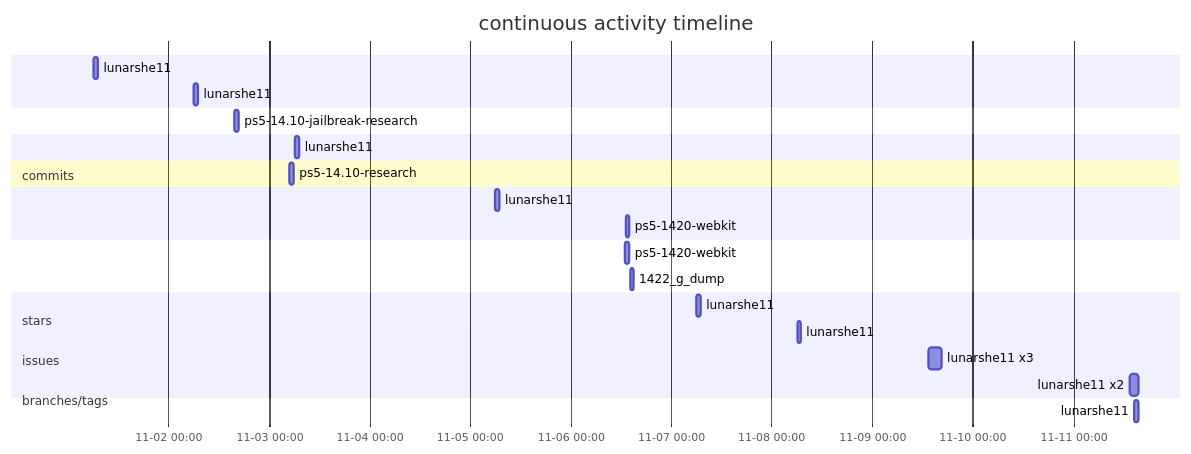
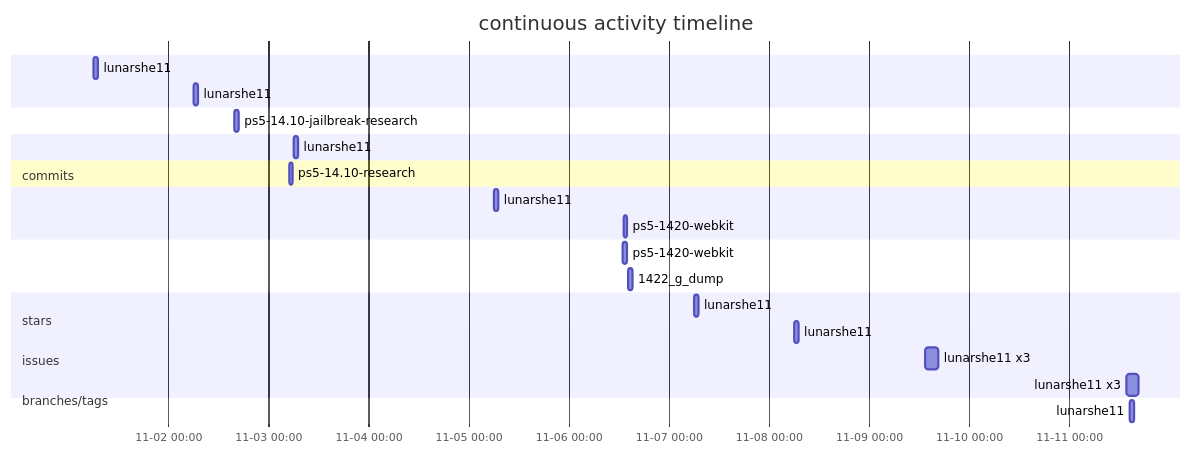
One commit to lunarshe11/lunarshe11 changed the first of 3 diagrams in README.md. Above: the diagram before and after it, drawn with Mermaid. The commit also changed other lines of this file, not shown here.

````diff
--- a/README.md
+++ b/README.md
@@ -13,28 +13,28 @@
 ```mermaid
 gantt
     title continuous activity timeline
     dateFormat  YYYY-MM-DD HH:mm
     axisFormat  %m-%d %H:%M
     section commits
         lunarshe11 :2026-11-01 06:05, 1h
         lunarshe11 :2026-11-02 06:05, 1h
     section stars
         ps5-14.10-jailbreak-research :2026-11-02 15:49, 1h
     section commits
         lunarshe11 :2026-11-03 06:05, 1h
     section issues
         ps5-14.10-research :2026-11-03 04:55, 1h
     section commits
         lunarshe11 :2026-11-05 06:05, 1h
         ps5-1420-webkit :2026-11-06 13:07, 1h
     section branches/tags
         ps5-1420-webkit :2026-11-06 12:59, 1h
         1422_g_dump :2026-11-06 14:11, 1h
     section commits
         lunarshe11 :2026-11-07 06:05, 1h
         lunarshe11 :2026-11-08 06:05, 1h
         lunarshe11 x3 :2026-11-09 13:33, 3h
-        lunarshe11 x2 :2026-11-11 13:37, 2h
+        lunarshe11 x3 :2026-11-11 13:37, 3h
     section stars
         lunarshe11 :2026-11-11 14:30, 1h
 ```
````
